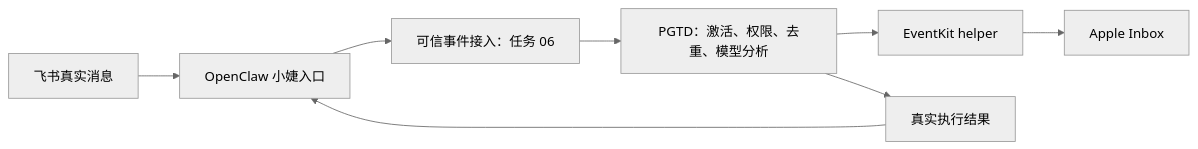
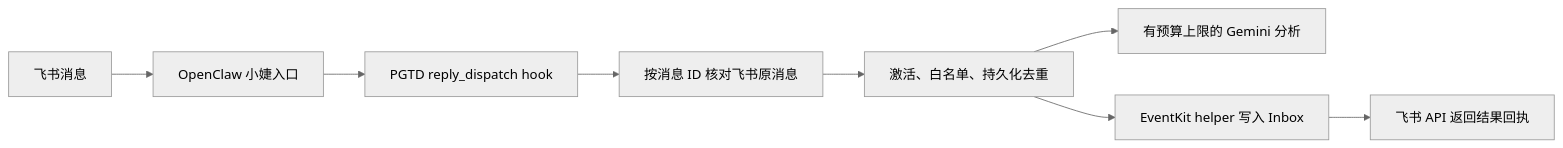
Before and after one commit to liunoly-design/Personal_GTD: the diagram in docs/integration/openclaw.md, drawn with Mermaid (neutral theme). The commit also changed other lines of this file and 21 other files, not shown here.

````diff
--- a/docs/integration/openclaw.md
+++ b/docs/integration/openclaw.md
@@ -34,10 +9,10 @@
 ```mermaid
 flowchart LR
-  F[飞书真实消息] --> O[OpenClaw 小婕入口]
-  O --> A[可信事件接入：任务 06]
-  A --> G[PGTD：激活、权限、去重、模型分析]
-  G --> E[EventKit helper]
-  E --> R[Apple Inbox]
-  G --> B[真实执行结果]
-  B --> O
+  F[飞书消息] --> O[OpenClaw 小婕入口]
+  O --> P[PGTD reply_dispatch hook]
+  P --> V[按消息 ID 核对飞书原消息]
+  V --> G[激活、白名单、持久化去重]
+  G --> M[有预算上限的 Gemini 分析]
+  G --> A[EventKit helper 写入 Inbox]
+  A --> R[飞书 API 返回结果回执]
 ```
````
